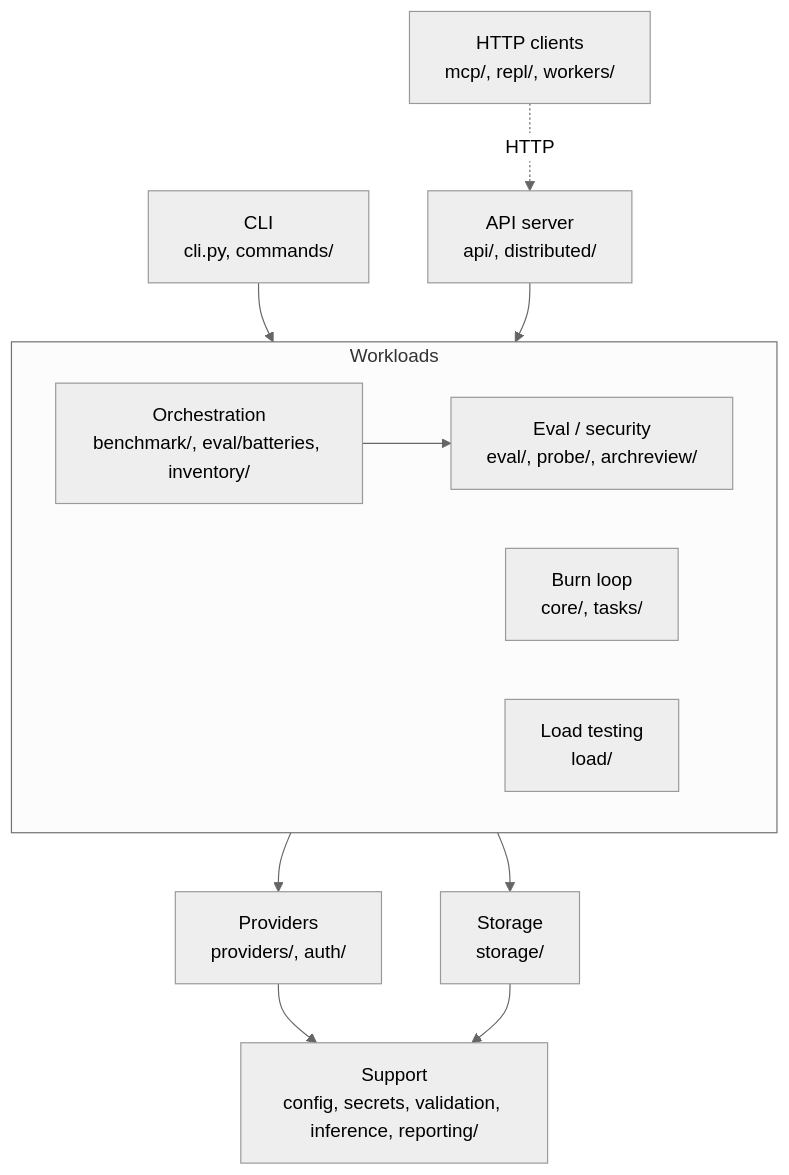
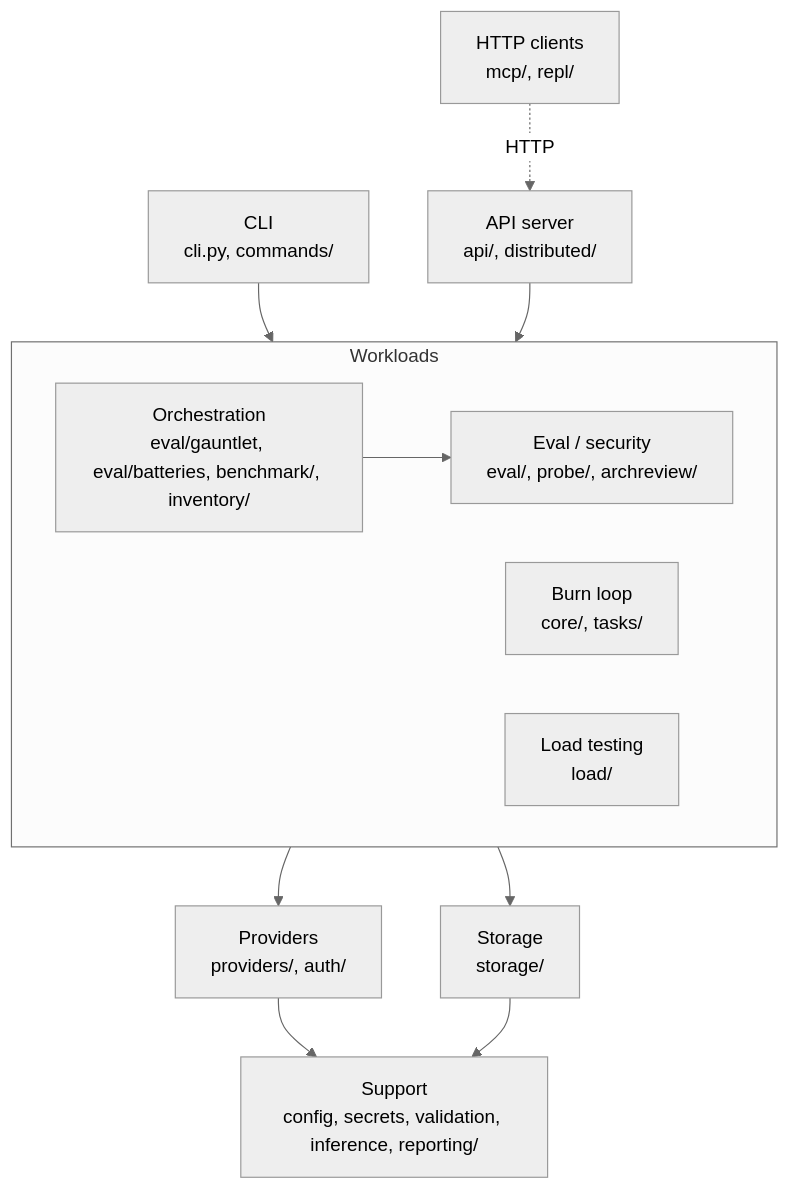
One commit to babywyrm/stoneburner changed the diagram in ARCHITECTURE.md. Above: the diagram before and after it, drawn with Mermaid (neutral theme). The commit also changed other lines of this file and 24 other files, not shown here.

````diff
--- a/ARCHITECTURE.md
+++ b/ARCHITECTURE.md
@@ -39,25 +39,25 @@
 ```mermaid
 flowchart TB
-    Clients["HTTP clients\nmcp/, repl/, workers/"]
+    Clients["HTTP clients\nmcp/, repl/"]
     CLI["CLI\ncli.py, commands/"]
     API["API server\napi/, distributed/"]
     subgraph Work["Workloads"]
         direction LR
-        Orch["Orchestration\nbenchmark/, eval/batteries, inventory/"]
+        Orch["Orchestration\neval/gauntlet, eval/batteries, benchmark/, inventory/"]
         Eval["Eval / security\neval/, probe/, archreview/"]
         Burn["Burn loop\ncore/, tasks/"]
         Load["Load testing\nload/"]
         Orch --> Eval
     end
     Providers["Providers\nproviders/, auth/"]
     Storage["Storage\nstorage/"]
     Support["Support\nconfig, secrets, validation, inference, reporting/"]
 
     Clients -. HTTP .-> API
     CLI --> Work
     API --> Work
     Work --> Providers
     Work --> Storage
     Providers --> Support
     Storage --> Support
 ```
````
